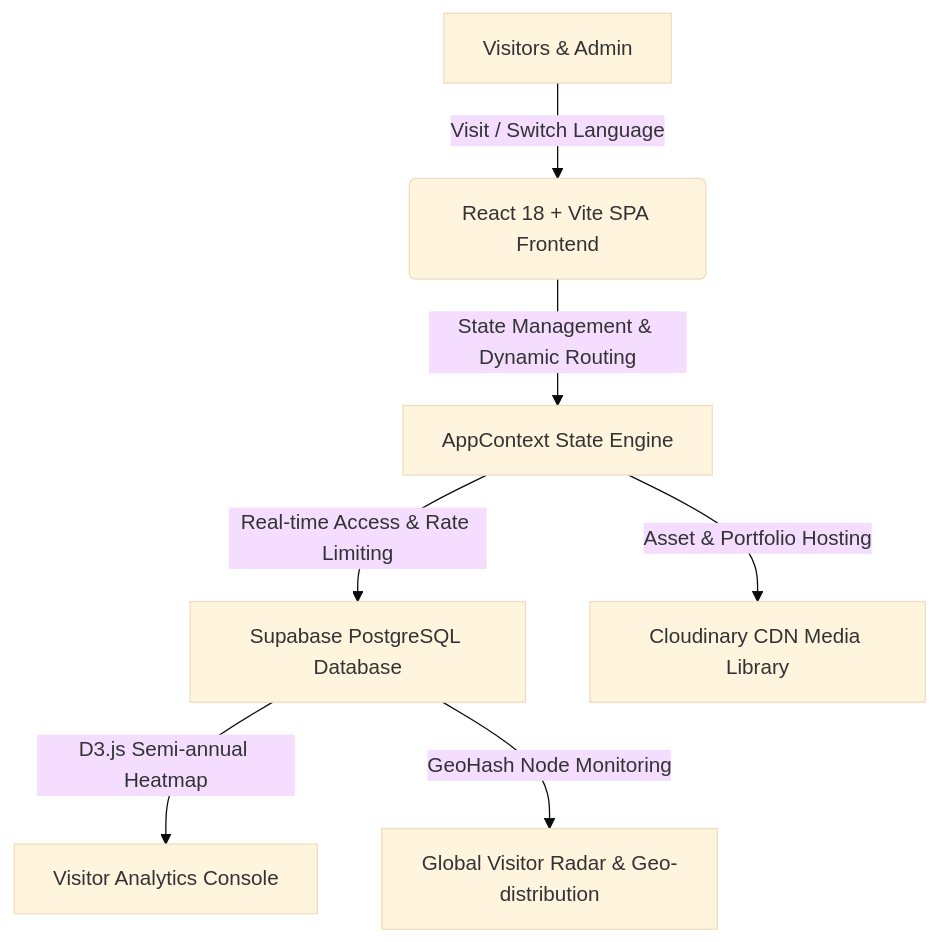
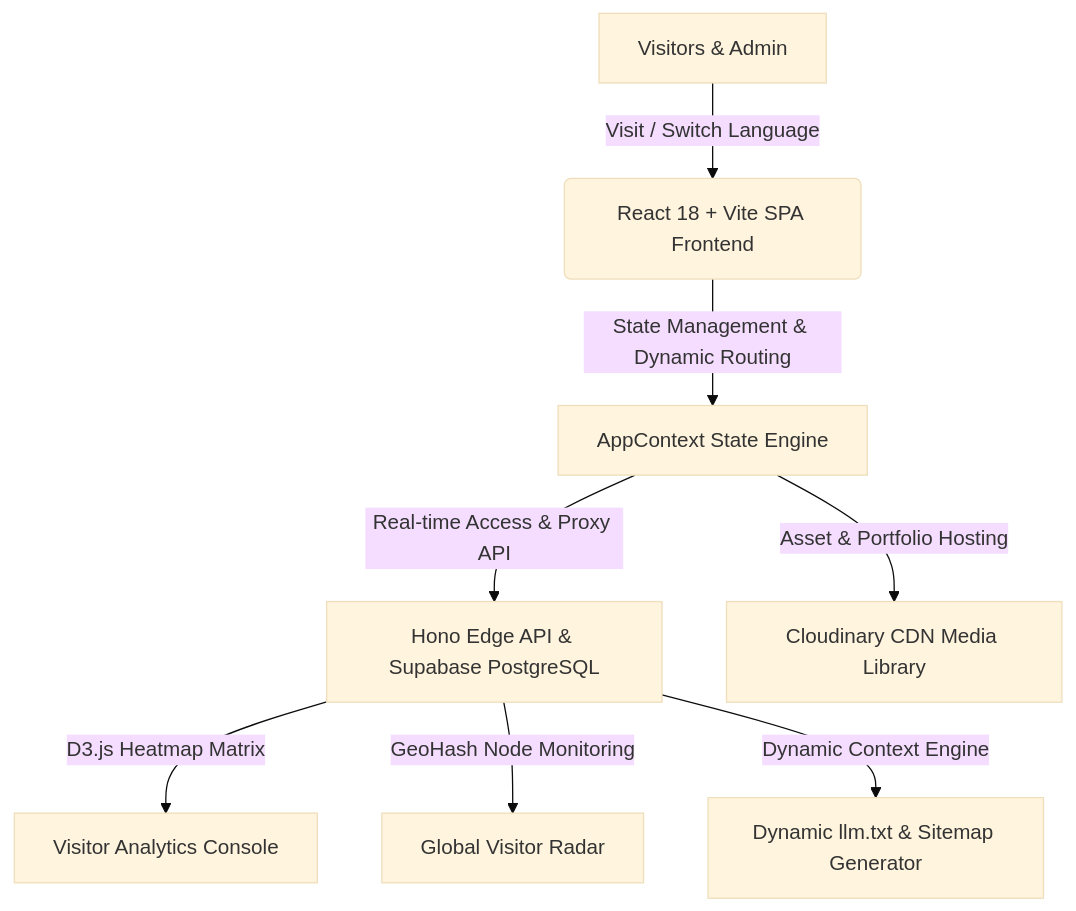
One commit to adlerdler/Kyvero changed the diagram in README.md. Above: the diagram before and after it, drawn with Mermaid (base theme). The commit also changed other lines of this file and 12 other files, not shown here.

````diff
--- a/README.md
+++ b/README.md
@@ -23,9 +27,10 @@
 ```mermaid
 graph TD
     A[Visitors & Admin] -->|Visit / Switch Language| B(React 18 + Vite SPA Frontend)
     B -->|State Management & Dynamic Routing| C[AppContext State Engine]
-    C -->|Real-time Access & Rate Limiting| D[Supabase PostgreSQL Database]
+    C -->|Real-time Access & Proxy API| D[Hono Edge API & Supabase PostgreSQL]
     C -->|Asset & Portfolio Hosting| E[Cloudinary CDN Media Library]
-    D -->|D3.js Semi-annual Heatmap| F[Visitor Analytics Console]
-    D -->|GeoHash Node Monitoring| G[Global Visitor Radar & Geo-distribution]
+    D -->|D3.js Heatmap Matrix| F[Visitor Analytics Console]
+    D -->|GeoHash Node Monitoring| G[Global Visitor Radar]
+    D -->|Dynamic Context Engine| H[Dynamic llm.txt & Sitemap Generator]
 ```
````
